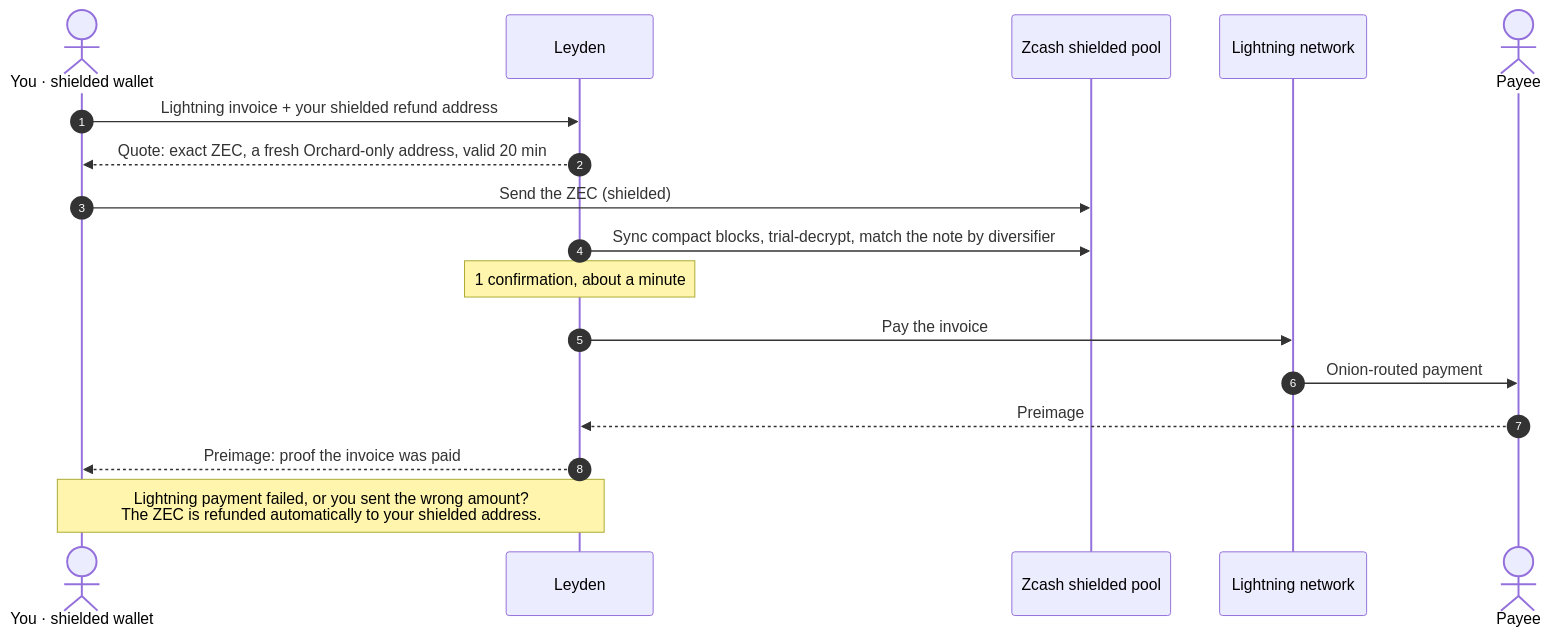
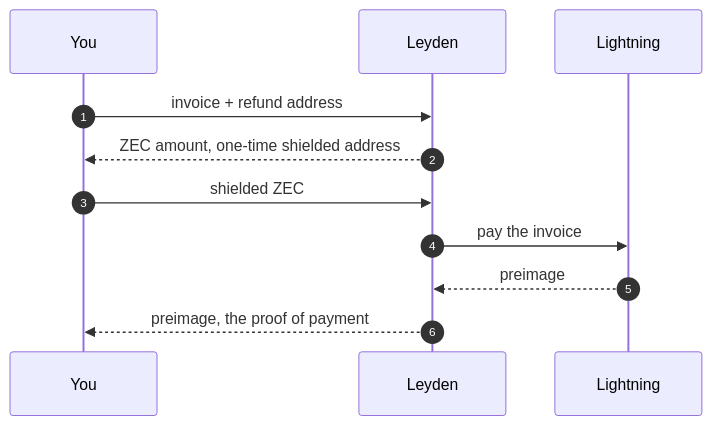
Before and after one commit to wildanrhmn/leyden: the first of 3 diagrams in README.md, drawn with Mermaid. The commit also changed other lines of this file and 3 other files, not shown here.

Commit message:
Restyle the README: small mark and plain title, short focused diagrams, code map with line links, a measured run

````diff
--- a/README.md
+++ b/README.md
@@ -50,19 +45,13 @@
 ```mermaid
 sequenceDiagram
-    autonumber
-    actor U as You · shielded wallet
-    participant L as Leyden
-    participant Z as Zcash shielded pool
-    participant N as Lightning network
-    actor P as Payee
-    U->>L: Lightning invoice + your shielded refund address
-    L-->>U: Quote: exact ZEC, a fresh Orchard-only address, valid 20 min
-    U->>Z: Send the ZEC (shielded)
-    L->>Z: Sync compact blocks, trial-decrypt, match the note by diversifier
-    Note over L: 1 confirmation, about a minute
-    L->>N: Pay the invoice
-    N->>P: Onion-routed payment
-    P-->>L: Preimage
-    L-->>U: Preimage: proof the invoice was paid
-    Note over U,L: Lightning payment failed, or you sent the wrong amount?<br/>The ZEC is refunded automatically to your shielded address.
+  autonumber
+  participant U as You
+  participant L as Leyden
+  participant N as Lightning
+  U->>L: invoice + refund address
+  L-->>U: ZEC amount, one-time shielded address
+  U->>L: shielded ZEC
+  L->>N: pay the invoice
+  N-->>L: preimage
+  L-->>U: preimage, the proof of payment
 ```
````
